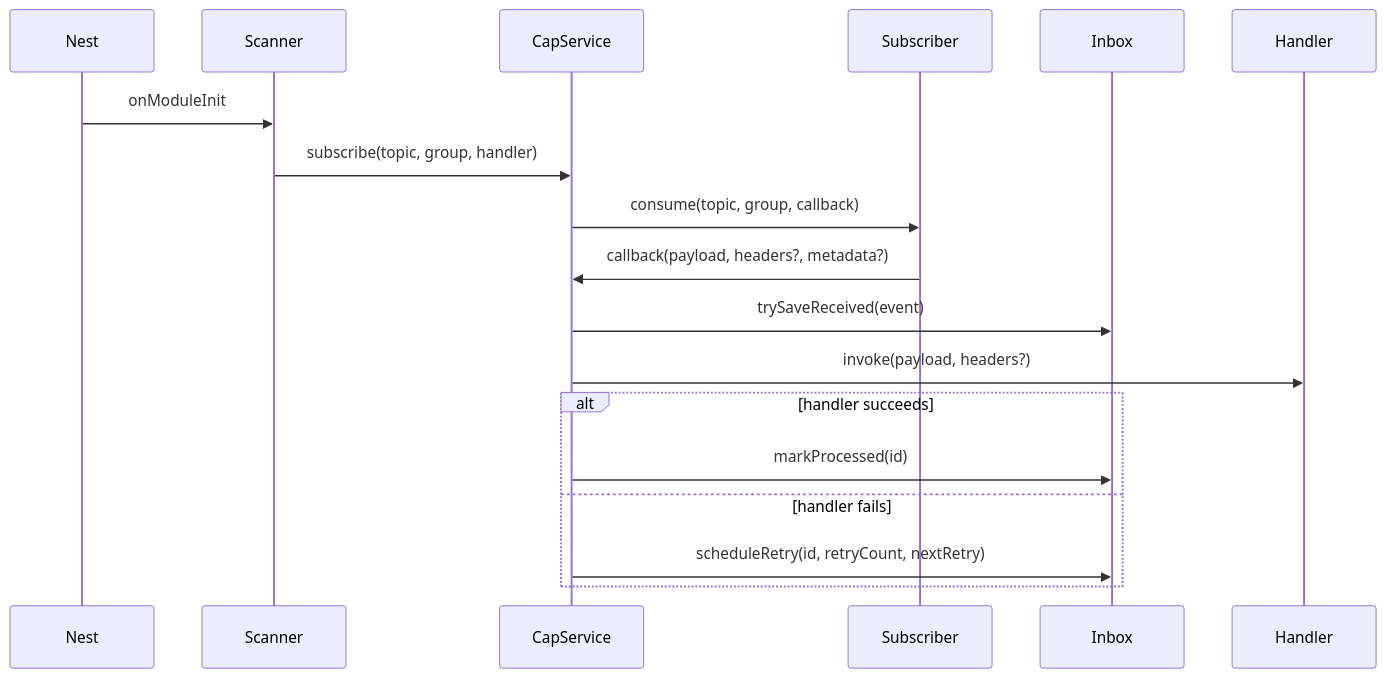
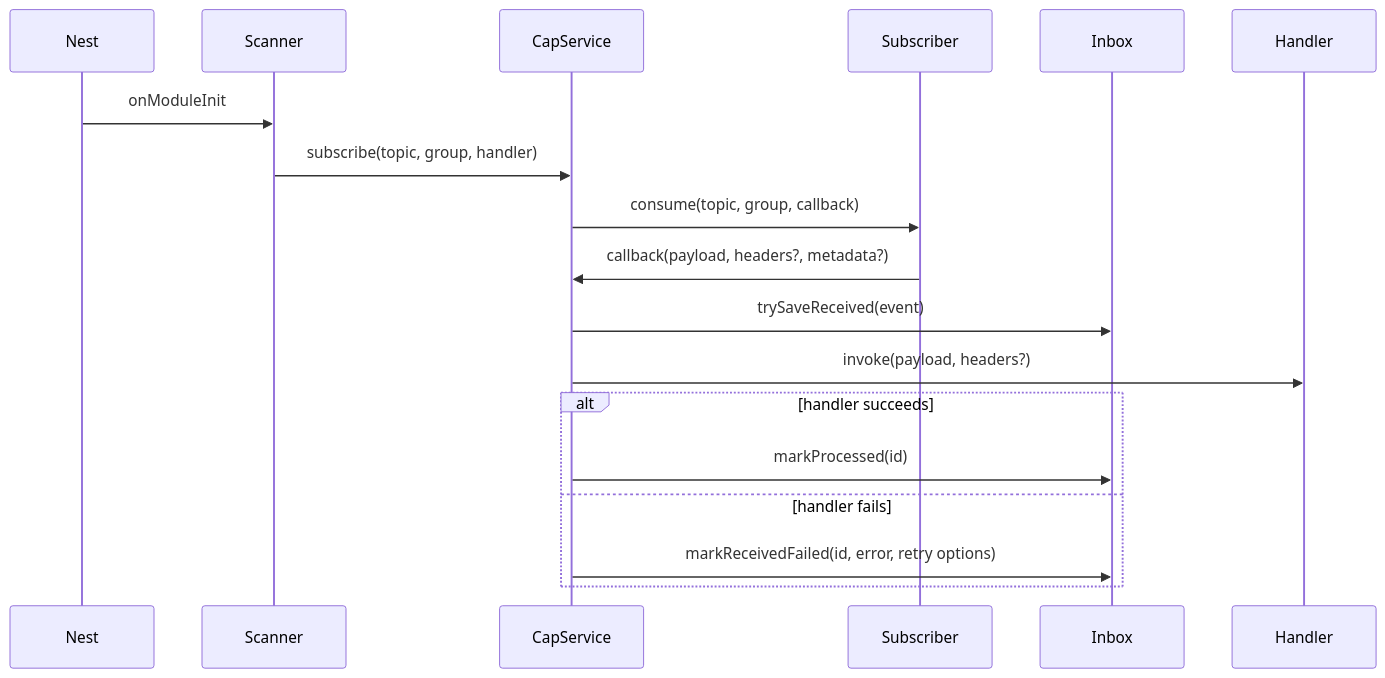
The third of 3 diagrams in docs/architecture.md (mikara89/cap-nodejs), drawn with Mermaid before and after one commit. The commit also changed other lines of this file and 39 other files, not shown here.

First line of the commit message:
feat: enhance inbox item processing with status tracking and error handling

````diff
--- a/docs/architecture.md
+++ b/docs/architecture.md
@@ -63,21 +63,21 @@
 ```mermaid
 sequenceDiagram
   participant Nest
   participant Scanner
   participant CapService
   participant Subscriber
   participant Inbox
   participant Handler
 
   Nest->>Scanner: onModuleInit
   Scanner->>CapService: subscribe(topic, group, handler)
   CapService->>Subscriber: consume(topic, group, callback)
   Subscriber->>CapService: callback(payload, headers?, metadata?)
   CapService->>Inbox: trySaveReceived(event)
   CapService->>Handler: invoke(payload, headers?)
   alt handler succeeds
     CapService->>Inbox: markProcessed(id)
   else handler fails
-    CapService->>Inbox: scheduleRetry(id, retryCount, nextRetry)
+    CapService->>Inbox: markReceivedFailed(id, error, retry options)
   end
 ```
````
